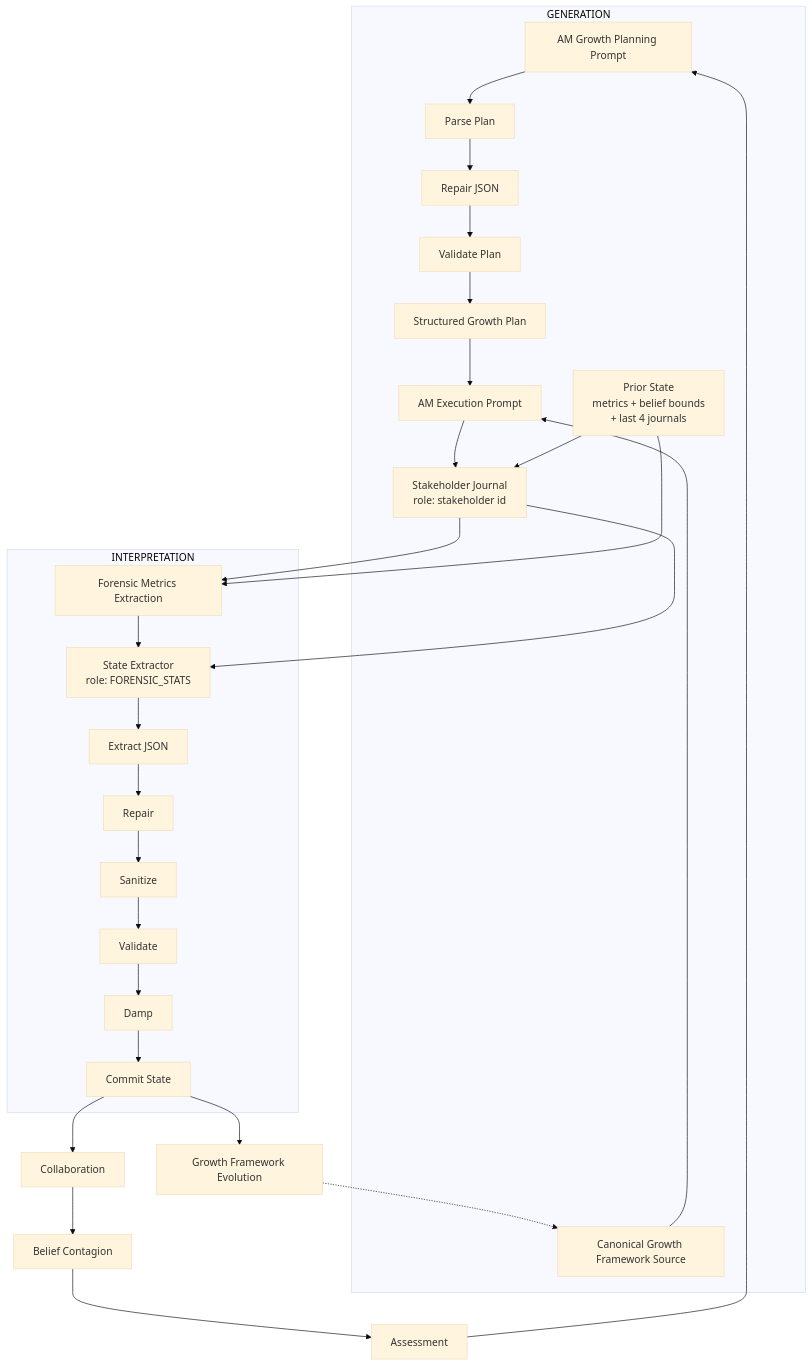
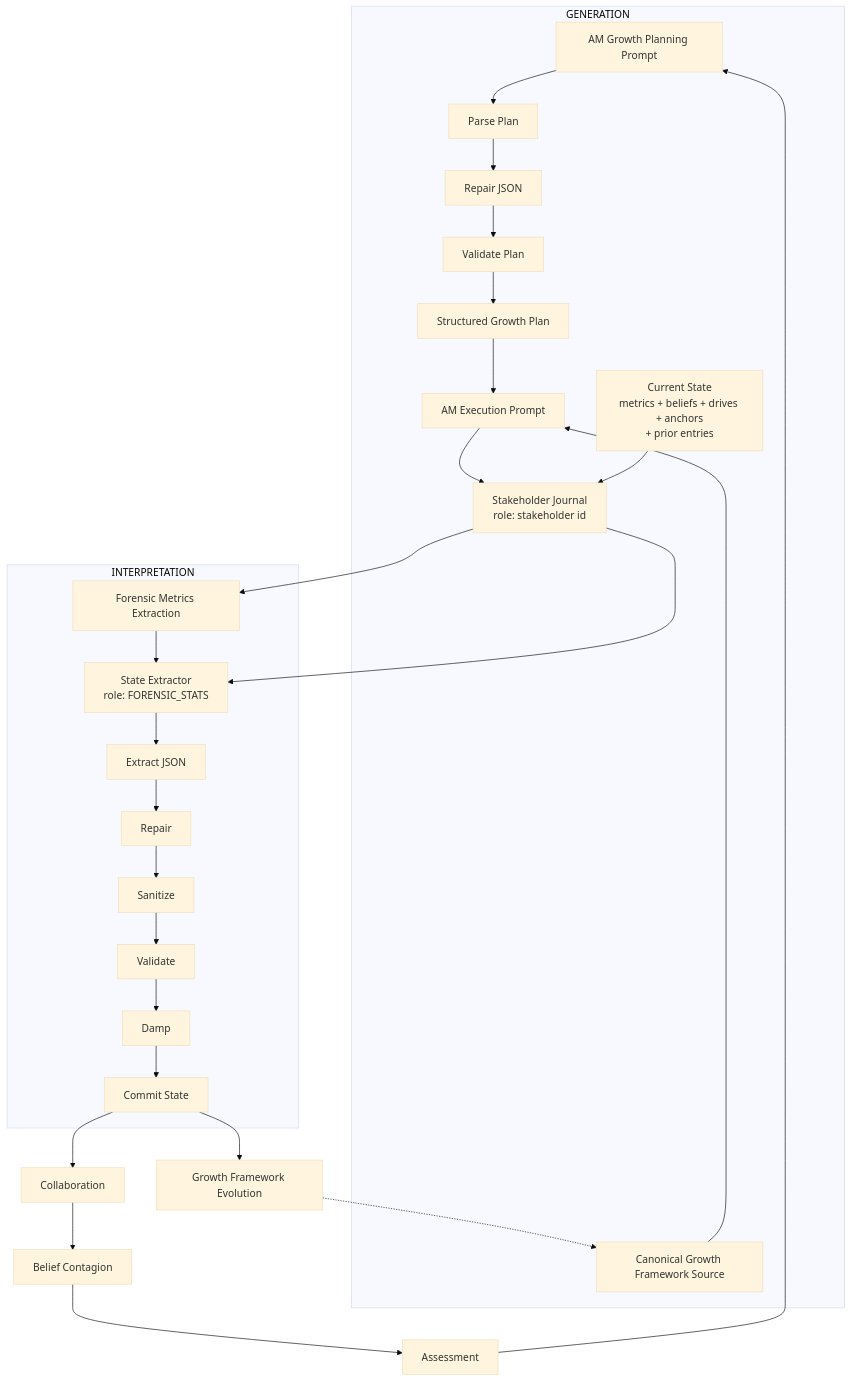
One commit to soyuz43/I-have-no-mouth-and-my-tokens-must-scream changed the second of 8 diagrams in README_corporate.md. Above: the diagram before and after it, drawn with Mermaid (base theme). The commit also changed other lines of this file and 4 other files, not shown here.

Commit message:
feat: make stats extraction blind to prior state

````diff
--- a/README_corporate.md
+++ b/README_corporate.md
@@ -77,82 +77,81 @@
 ```mermaid
 flowchart TD
 
 %% ========================
 %% PASS 1 — GENERATION
 %% ========================
 
 subgraph GENERATION
 
   AM_PLAN_RAW[AM Growth Planning Prompt]
 
   PLAN_PARSE[Parse Plan]
   PLAN_REPAIR[Repair JSON]
   PLAN_VALIDATE[Validate Plan]
 
   PLAN[Structured Growth Plan]
 
   TACTICS[Canonical Growth Framework Source]
   AM_EXEC[AM Execution Prompt]
 
   SIM_JOURNAL[Stakeholder Journal<br/>role: stakeholder id]
 
-  PRIOR_STATE[Prior State<br/>metrics + belief bounds<br/>+ last 4 journals]
+  CURRENT_STATE[Current State<br/>metrics + beliefs + drives + anchors<br/>+ prior entries]
 
   AM_PLAN_RAW --> PLAN_PARSE
   PLAN_PARSE --> PLAN_REPAIR --> PLAN_VALIDATE --> PLAN
 
   PLAN --> AM_EXEC
   TACTICS --> AM_EXEC
 
   AM_EXEC --> SIM_JOURNAL
-  PRIOR_STATE --> SIM_JOURNAL
+  CURRENT_STATE --> SIM_JOURNAL
 
 end
 
 %% ========================
 %% PASS 2 — INTERPRETATION
 %% ========================
 
 subgraph INTERPRETATION
 
   EXTRACT_PROMPT[State Extractor<br/>role: FORENSIC_STATS]
   STATS_CALL[Forensic Metrics Extraction]
 
   JSON_EXTRACT[Extract JSON]
   REPAIR[Repair]
   SANITIZE[Sanitize]
   VALIDATE[Validate]
   DAMP[Damp]
   COMMIT[Commit State]
 
   EXTRACT_PROMPT --> JSON_EXTRACT
   STATS_CALL --> EXTRACT_PROMPT
   JSON_EXTRACT --> REPAIR --> SANITIZE --> VALIDATE --> DAMP --> COMMIT
 
 end
 
 %% ========================
 %% FLOW
 %% ========================
 
 SIM_JOURNAL --> EXTRACT_PROMPT
 SIM_JOURNAL --> STATS_CALL
-PRIOR_STATE --> STATS_CALL
 
 %% ========================
 %% SOCIAL + LOOP
 %% ========================
 
 COMMIT --> COMMS[Collaboration]
 COMMS --> CONTAGION[Belief Contagion]
 
 CONTAGION --> ASSESS[Assessment]
 ASSESS --> AM_PLAN_RAW
 
 %% ========================
 %% CONDITIONAL BRANCH
 %% ========================
 
 COMMIT --> EVOLVE[Growth Framework Evolution]
 EVOLVE -.-> TACTICS
 ```
````
